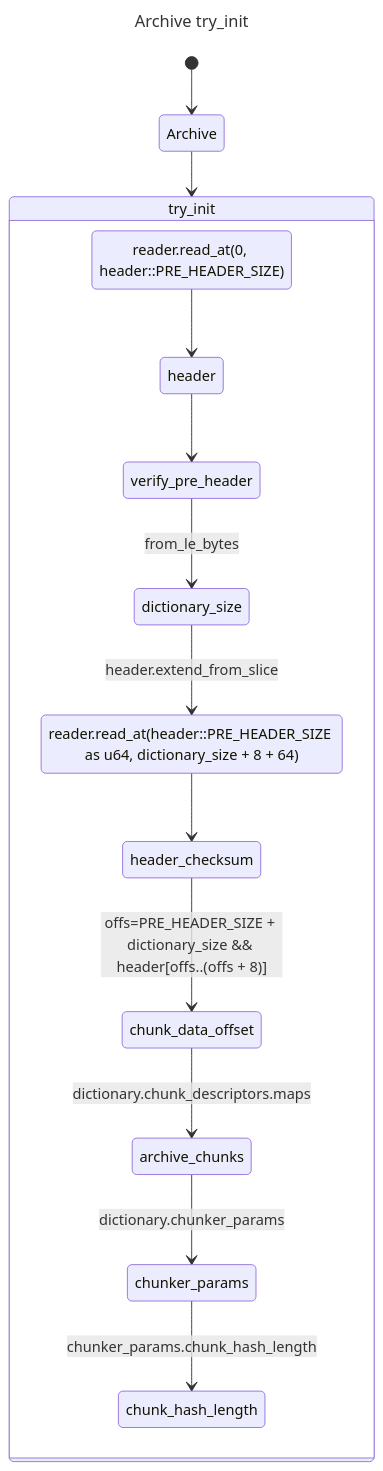
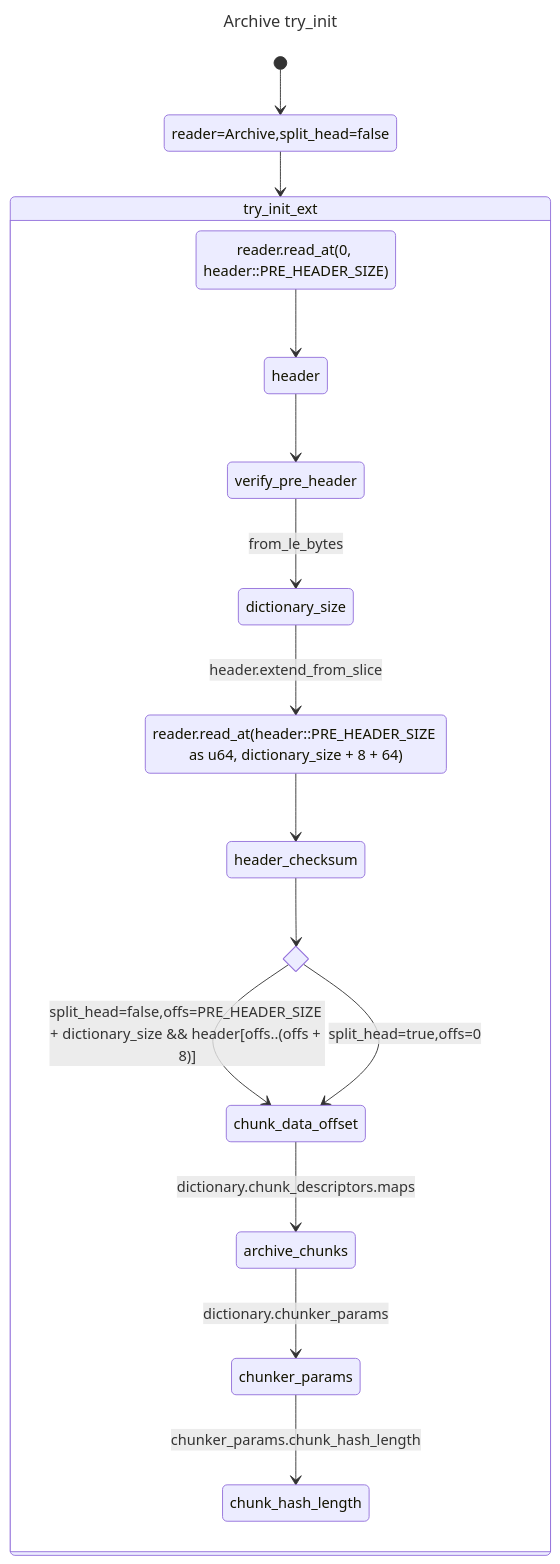
Before and after one commit to softtiny/docs.bita: the second of 2 diagrams in markdowns/bitar_archive_a.md, drawn with Mermaid. The commit also changed other lines of this file and 4 other files, not shown here.

````diff
--- a/markdowns/bitar_archive_a.md
+++ b/markdowns/bitar_archive_a.md
@@ -22,21 +23,25 @@
 ```mermaid
 ---
 title: Archive try_init
 ---
 stateDiagram-v2
     state "reader.read_at(0, header::PRE_HEADER_SIZE)" as read14
     state "reader.read_at(header::PRE_HEADER_SIZE as u64, dictionary_size + 8 + 64)" as read_head
-    [*] --> Archive
-    state try_init {
+    state "reader=Archive,split_head=false" as args
+    state if_split_head <<choice>>
+    [*] --> args
+    state try_init_ext {
         read14 --> header
         header --> verify_pre_header
         verify_pre_header --> dictionary_size :from_le_bytes
         dictionary_size --> read_head :header.extend_from_slice
         read_head --> header_checksum 
-        header_checksum --> chunk_data_offset :offs=PRE_HEADER_SIZE + dictionary_size && header[offs..(offs + 8)]
+        header_checksum --> if_split_head
+        if_split_head --> chunk_data_offset :split_head=false,offs=PRE_HEADER_SIZE + dictionary_size && header[offs..(offs + 8)]
+        if_split_head --> chunk_data_offset :split_head=true,offs=0
         chunk_data_offset --> archive_chunks :dictionary.chunk_descriptors.maps
         archive_chunks --> chunker_params : dictionary.chunker_params
         chunker_params --> chunk_hash_length :chunker_params.chunk_hash_length
     }
-    Archive --> try_init
+    args --> try_init_ext
 ```
````
